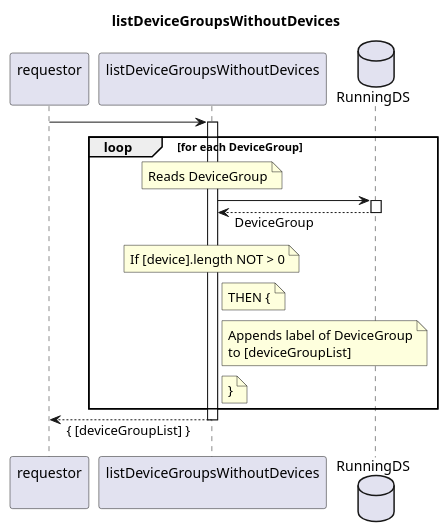
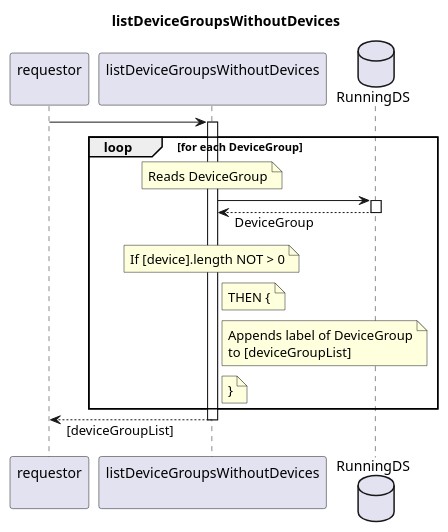
Before and after one commit to openBackhaul/FirmWareManager: the diagram in spec/Services/listDeviceGroupsWithoutDevices/1.0.0/listDeviceGroupsWithoutDevices.plantuml, drawn with PlantUML. The commit also changed 27 other files, not shown here.

```diff
--- a/spec/Services/listDeviceGroupsWithoutDevices/1.0.0/listDeviceGroupsWithoutDevices.plantuml
+++ b/spec/Services/listDeviceGroupsWithoutDevices/1.0.0/listDeviceGroupsWithoutDevices.plantuml
@@ -1,41 +1,41 @@
 @startuml listDeviceGroupsWithoutDevices
 skinparam responseMessageBelowArrow true
 
 title
   listDeviceGroupsWithoutDevices
 end title
 
 participant "requestor\n" as requestor
 participant "listDeviceGroupsWithoutDevices\n" as indServ
 database "RunningDS" as RunDS
 
 requestor -> indServ
 activate indServ
 
   loop for each DeviceGroup
     note over indServ
       Reads DeviceGroup
     end note
     indServ -> RunDS
     activate RunDS
     indServ <-- RunDS: DeviceGroup
     deactivate RunDS
     note over indServ
       If [device].length NOT > 0
     end note
     note right indServ
       THEN {
     end note
     note right indServ
       Appends label of DeviceGroup
       to [deviceGroupList]
     end note
     note right indServ
       }
     end note
   end loop
 
-requestor <-- indServ: { [deviceGroupList] }
+requestor <-- indServ: [deviceGroupList]
 deactivate indServ
 
 @enduml
```
